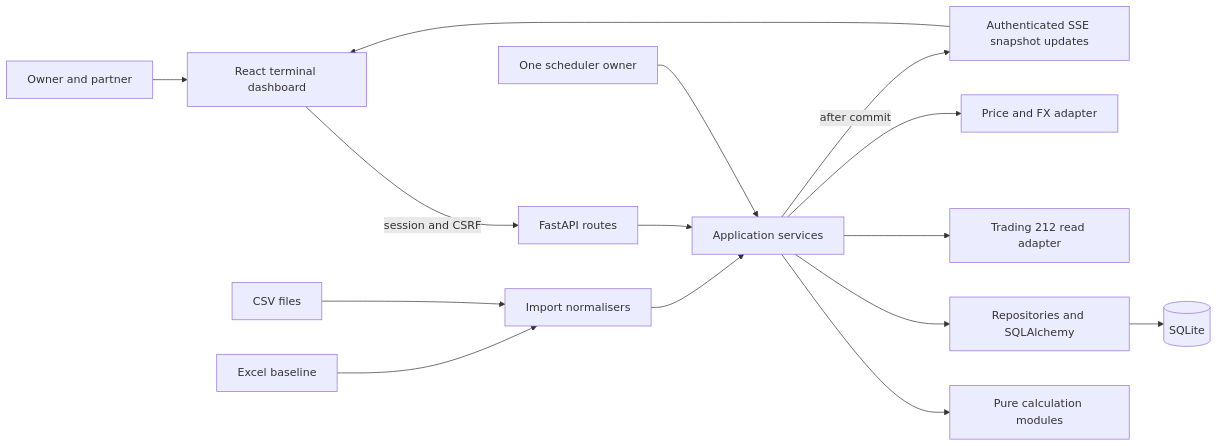
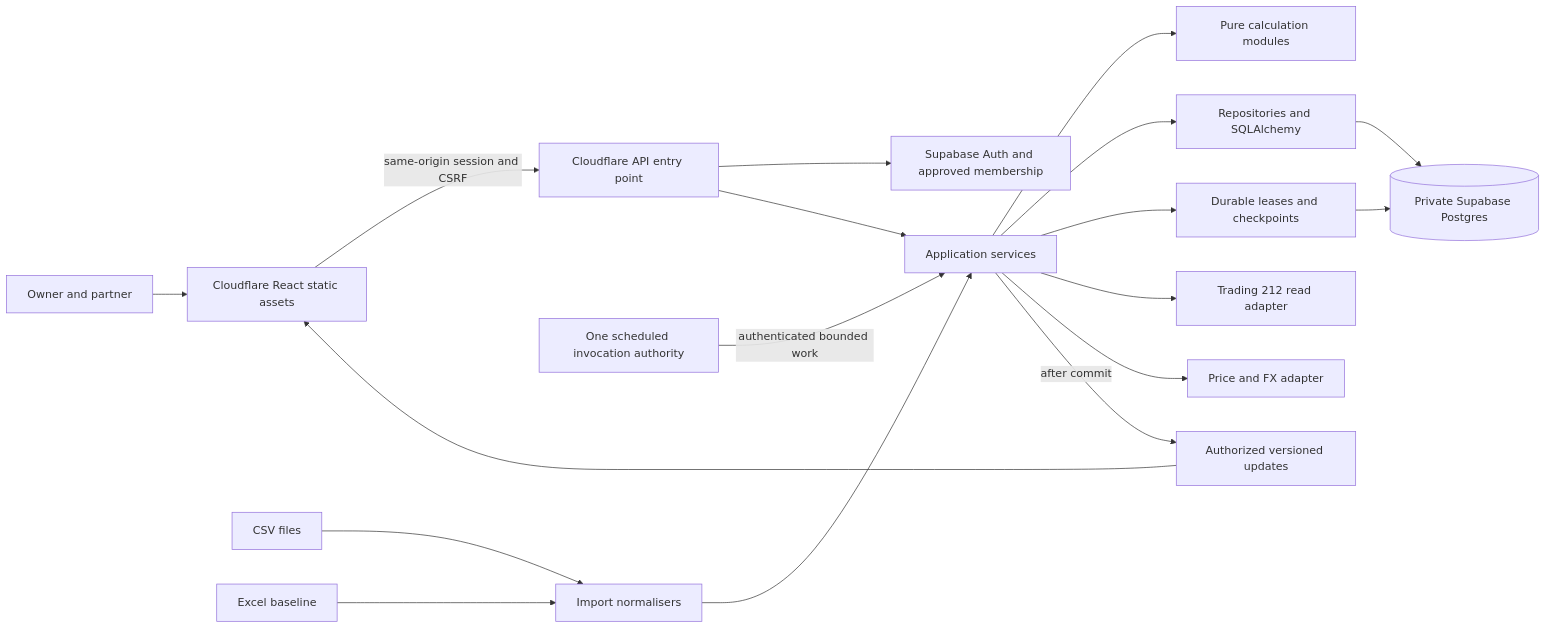
The diagram in docs/architecture.md (dhdylanhuang/meridian-axis), drawn with Mermaid before and after one commit. The commit also changed other lines of this file and 25 other files, not shown here.

Commit message:
chore: adopt Cloudflare Supabase target and qualify Python runtime

````diff
--- a/docs/architecture.md
+++ b/docs/architecture.md
@@ -11,17 +15,20 @@
 ```mermaid
 flowchart LR
-    U[Owner and partner] --> UI[React terminal dashboard]
-    UI -->|session and CSRF| API[FastAPI routes]
+    U[Owner and partner] --> UI[Cloudflare React static assets]
+    UI -->|same-origin session and CSRF| API[Cloudflare API entry point]
+    API --> AUTH[Supabase Auth and approved membership]
     API --> APP[Application services]
-    JOB[One scheduler owner] --> APP
+    JOB[One scheduled invocation authority] -->|authenticated bounded work| APP
     APP --> CALC[Pure calculation modules]
     APP --> STORE[Repositories and SQLAlchemy]
-    STORE --> DB[(SQLite)]
+    STORE --> DB[(Private Supabase Postgres)]
+    APP --> LEASE[Durable leases and checkpoints]
+    LEASE --> DB
     APP --> BROKER[Trading 212 read adapter]
     APP --> MARKET[Price and FX adapter]
     CSV[CSV files] --> IMPORT[Import normalisers]
     XLS[Excel baseline] --> IMPORT
     IMPORT --> APP
-    APP -->|after commit| SSE[Authenticated SSE snapshot updates]
-    SSE --> UI
+    APP -->|after commit| STREAM[Authorized versioned updates]
+    STREAM --> UI
 ```
````
